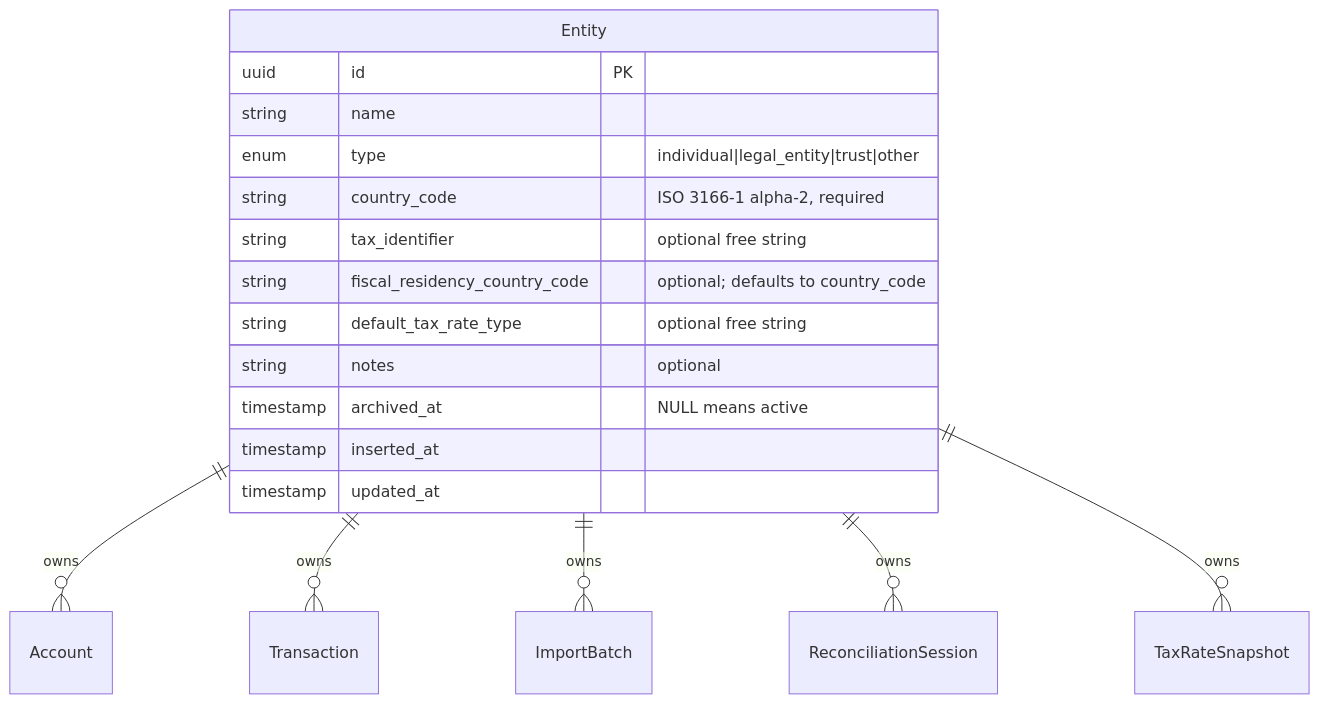
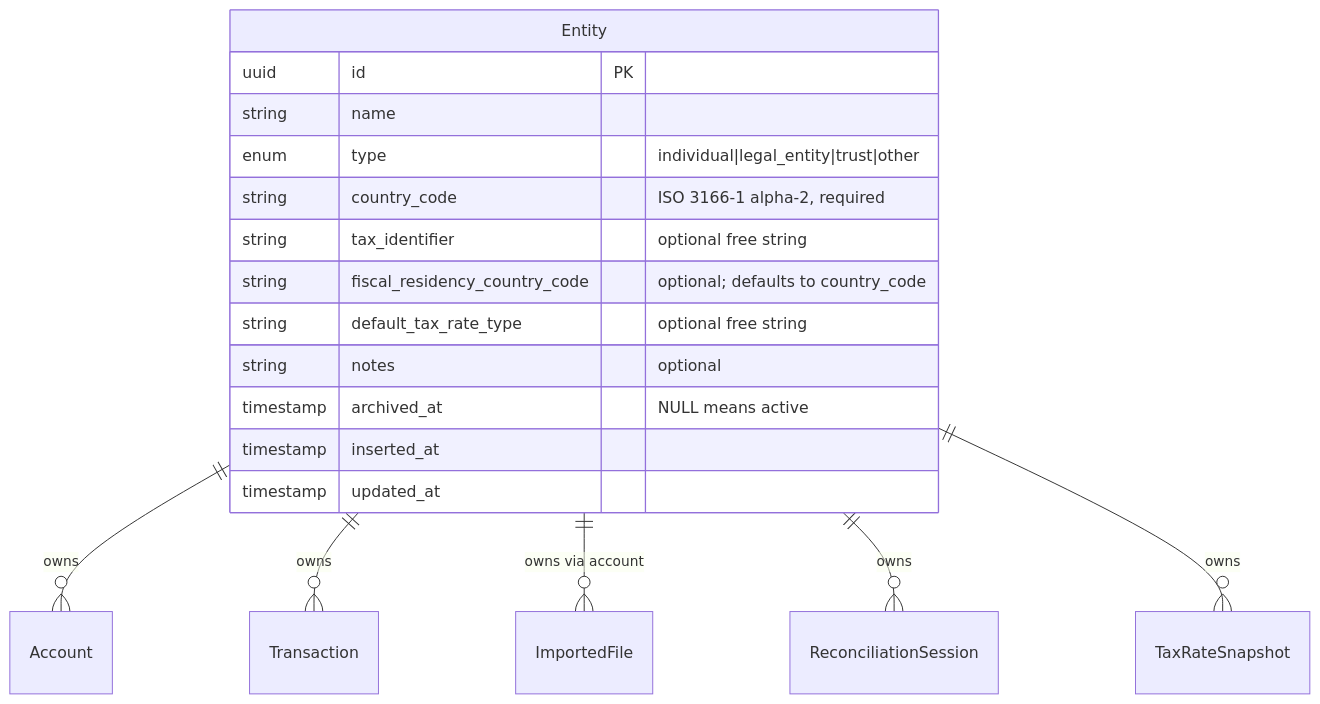
The first of 2 diagrams in docs/adr/0009-multi-entity-ownership-model.md (mberrueta/aurum-finance), drawn with Mermaid before and after one commit. The commit also changed other lines of this file and 73 other files, not shown here.

````diff
--- a/docs/adr/0009-multi-entity-ownership-model.md
+++ b/docs/adr/0009-multi-entity-ownership-model.md
@@ -342,22 +342,22 @@
 ```mermaid
 erDiagram
     Entity ||--o{ Account : "owns"
     Entity ||--o{ Transaction : "owns"
-    Entity ||--o{ ImportBatch : "owns"
+    Entity ||--o{ ImportedFile : "owns via account"
     Entity ||--o{ ReconciliationSession : "owns"
     Entity ||--o{ TaxRateSnapshot : "owns"
 
     Entity {
         uuid id PK
         string name
         enum type "individual|legal_entity|trust|other"
         string country_code "ISO 3166-1 alpha-2, required"
         string tax_identifier "optional free string"
         string fiscal_residency_country_code "optional; defaults to country_code"
         string default_tax_rate_type "optional free string"
         string notes "optional"
         timestamp archived_at "NULL means active"
         timestamp inserted_at
         timestamp updated_at
     }
 ```
````
